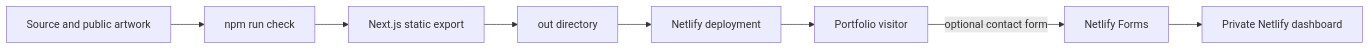
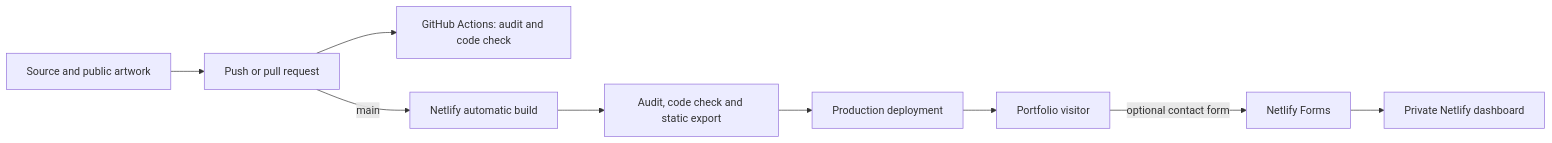
The diagram in WORKFLOW-DIAGRAM.md (zrsobecka/Portfolio), drawn with Mermaid before and after one commit. The commit also changed 7 other files, not shown here.

Commit message:
Automate portfolio checks and deployment

````diff
--- a/WORKFLOW-DIAGRAM.md
+++ b/WORKFLOW-DIAGRAM.md
@@ -3,10 +3,11 @@
 ```mermaid
 flowchart LR
-    A[Source and public artwork] --> B[npm run check]
-    B --> C[Next.js static export]
-    C --> D[out directory]
-    D --> E[Netlify deployment]
-    E --> F[Portfolio visitor]
-    F -->|optional contact form| G[Netlify Forms]
-    G --> H[Private Netlify dashboard]
+    A[Source and public artwork] --> B[Push or pull request]
+    B --> C[GitHub Actions: audit and code check]
+    B -->|main| D[Netlify automatic build]
+    D --> E[Audit, code check and static export]
+    E --> F[Production deployment]
+    F --> G[Portfolio visitor]
+    G -->|optional contact form| H[Netlify Forms]
+    H --> I[Private Netlify dashboard]
 ```
````
